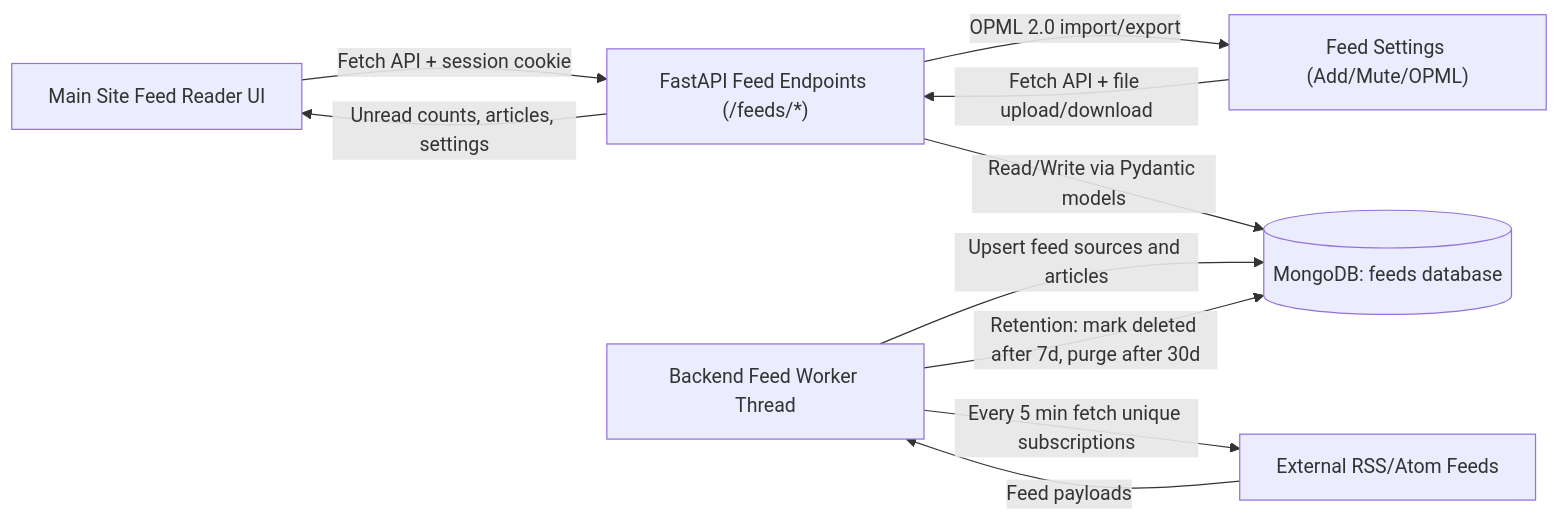
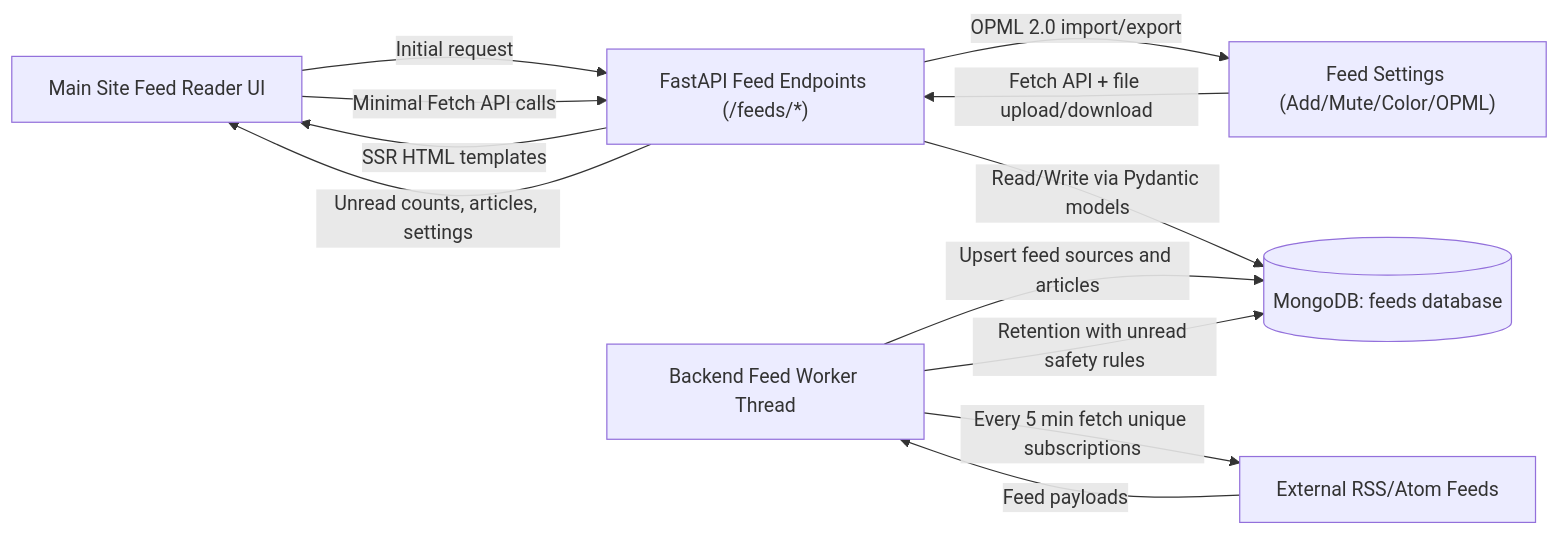
One commit to schleising/website3 changed the first of 5 diagrams in website/feeds/README.md. Above: the diagram before and after it, drawn with Mermaid. The commit also changed other lines of this file, not shown here.

Commit message:
Enhance README with additional requirements for category color preferences, retention rules, and server-side rendering practices

````diff
--- a/website/feeds/README.md
+++ b/website/feeds/README.md
@@ -83,12 +87,14 @@
 ```mermaid
 flowchart LR
-	 Browser["Main Site Feed Reader UI"] -->|Fetch API + session cookie| FastAPI["FastAPI Feed Endpoints (/feeds/*)"]
-	 Settings["Feed Settings (Add/Mute/OPML)"] -->|Fetch API + file upload/download| FastAPI
+	 Browser["Main Site Feed Reader UI"] -->|Initial request| FastAPI["FastAPI Feed Endpoints (/feeds/*)"]
+	 FastAPI -->|SSR HTML templates| Browser
+	 Browser -->|Minimal Fetch API calls| FastAPI
+	 Settings["Feed Settings (Add/Mute/Color/OPML)"] -->|Fetch API + file upload/download| FastAPI
 	 FastAPI -->|Read/Write via Pydantic models| FeedDB[("MongoDB: feeds database")]
 	 Worker["Backend Feed Worker Thread"] -->|Every 5 min fetch unique subscriptions| Sources["External RSS/Atom Feeds"]
 	 Sources -->|Feed payloads| Worker
 	 Worker -->|Upsert feed sources and articles| FeedDB
-	 Worker -->|Retention: mark deleted after 7d, purge after 30d| FeedDB
+	 Worker -->|Retention with unread safety rules| FeedDB
 	 FastAPI -->|Unread counts, articles, settings| Browser
 	 FastAPI -->|OPML 2.0 import/export| Settings
 ```
````
